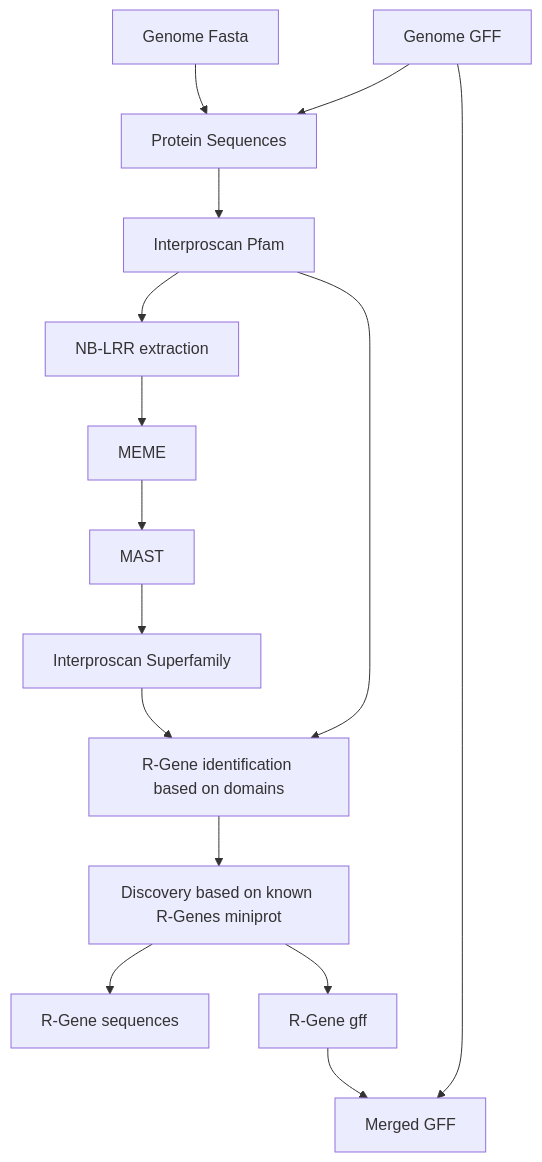
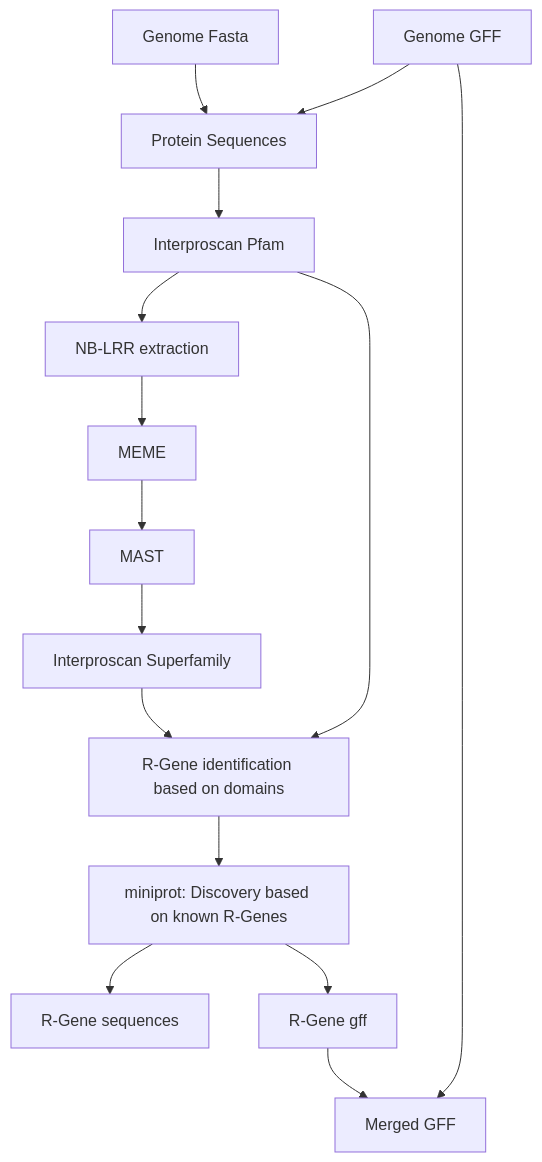
The diagram in README.md (nschan/nf-hrp), drawn with Mermaid before and after one commit. The commit also changed other lines of this file, not shown here.

````diff
--- a/README.md
+++ b/README.md
@@ -33,17 +33,17 @@
 ```mermaid
 graph TD;
   fasta[Genome Fasta] --> protseqs[Protein Sequences]
   ingff[Genome GFF] --> protseqs[Protein Sequences]
   protseqs --> pfam[Interproscan Pfam]
   pfam --> nbarc[NB-LRR extraction]
   nbarc --> meme[MEME]
   meme --> mast[MAST]
   mast --> superfam[Interproscan Superfamily]
   pfam --> rgdomains[R-Gene identification based on domains]
   superfam --> rgdomains
-  rgdomains --> miniprot[Discovery based on known R-Genes miniprot]
+  rgdomains --> miniprot[miniprot: Discovery based on known R-Genes]
   miniprot --> seqs[R-Gene sequences]
   miniprot --> rgff[R-Gene gff]
   ingff --> mergegff[Merged GFF]
   rgff --> mergegff[Merged GFF]
 ```
````
